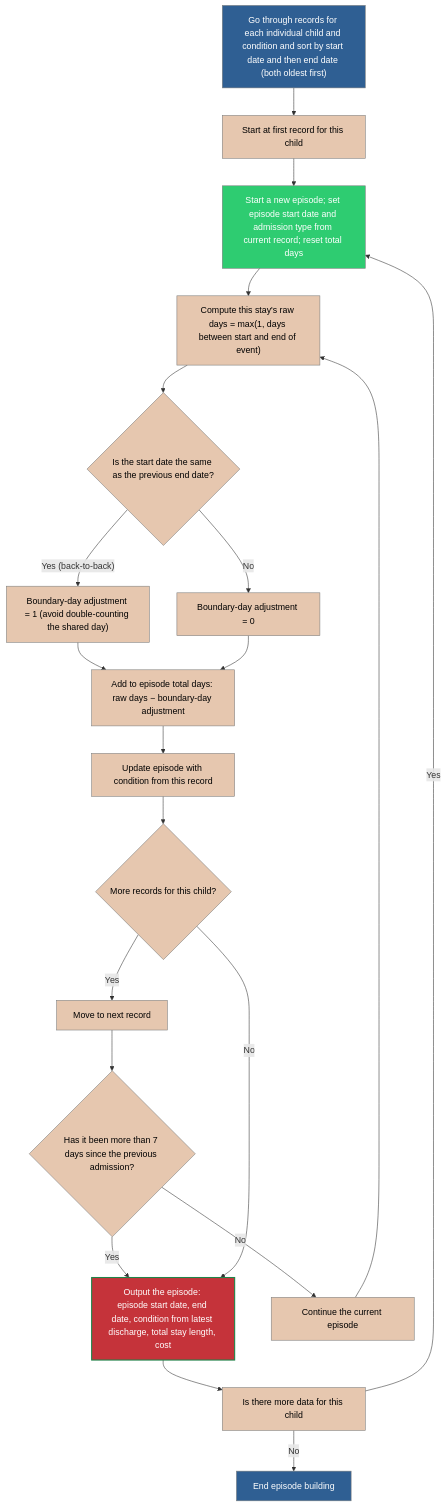
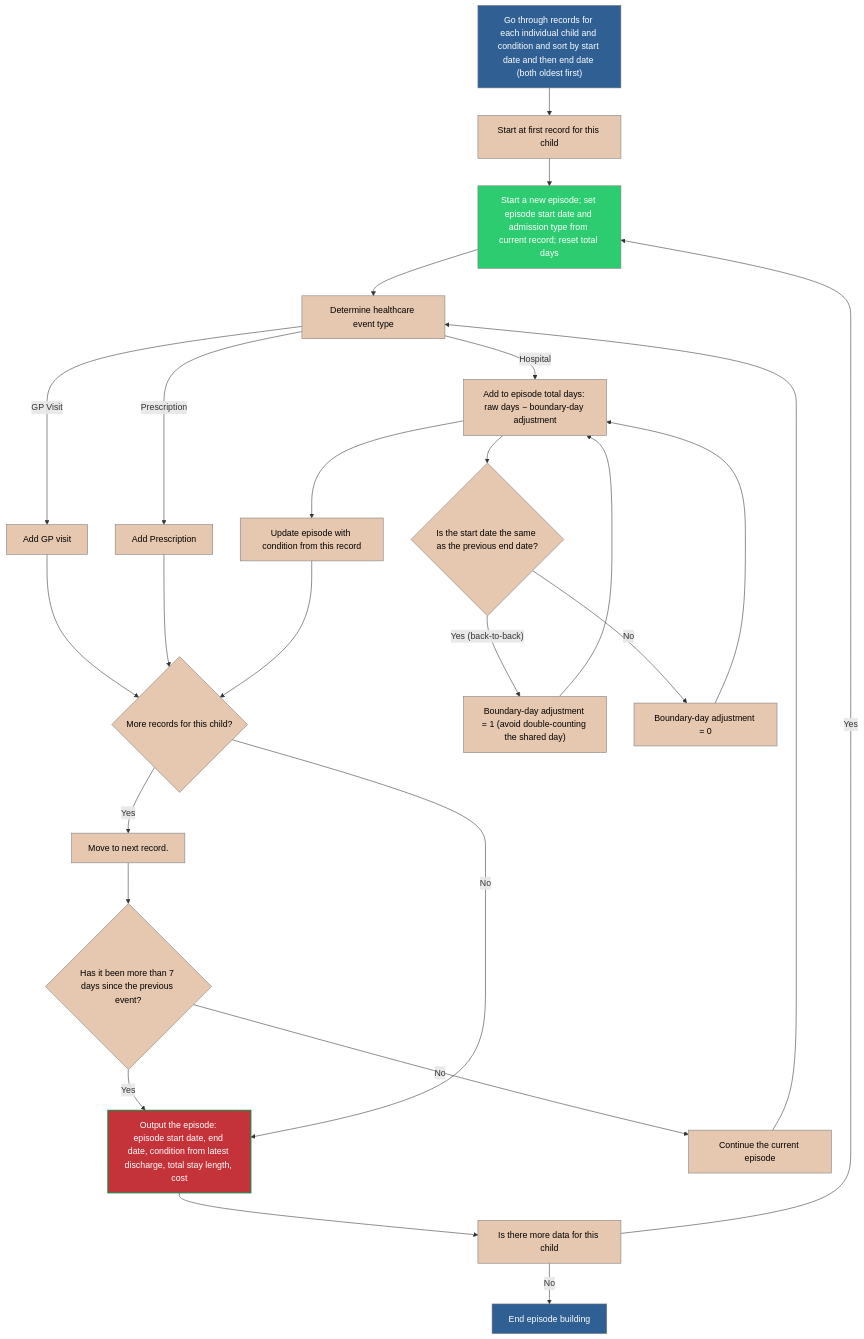
The diagram in ari_episodes.md (HomesHeatAndHealthyKids/DataLochAnalysis), drawn with Mermaid before and after one commit.

Commit message:
Separated out different healthcare event types for categorisatiion

````diff
--- a/ari_episodes.md
+++ b/ari_episodes.md
@@ -44,46 +44,50 @@
 ```mermaid
 
 flowchart TD
 
   SMR_child_data["Go through records for each individual child and condition and sort by start date and then end date (both oldest first) "] --> C["Start at first record for this child"]
   C --> start_episode["Start a new episode; set episode start date and admission type from current record; reset total days"]
-  E{"Has it been more than 7 days since the previous admission?"} -->|"Yes"| SMR_output_rec
+  E{"Has it been more than 7 days since the previous event?"} -->|"Yes"| SMR_output_rec
   SMR_output_rec --> move_next["Is there more data for this child"]
   move_next --> |"Yes"| start_episode
   move_next --> |"No"| end_process["End episode building"]
 
   E -->|"No"| F["Continue the current episode"]
 
-  start_episode --> G["Compute this stay's raw days = max(1, days between start and end of event)"]
+  start_episode --> G["Determine healthcare event type"]
   F --> G
-  
-  G --> adm_check{"Is the start date the same as the previous end date?"}
+  G --> |GP Visit| gp_visit_process["Add GP visit"]
+  gp_visit_process --> L
+  G --> |Prescription| prescription_process["Add Prescription"]
+  prescription_process --> L
+  G --> |Hospital| H["Compute this stay's raw days = max(1, days between start and end of event)"]  
+  H --> adm_check{"Is the start date the same as the previous end date?"}
   adm_check -->|"Yes (back-to-back)"| bound_adj["Boundary-day adjustment = 1 (avoid double-counting the shared day)"]
   adm_check -->|"No"| no_bound_adj["Boundary-day adjustment = 0"]
   bound_adj --> H["Add to episode total days: raw days − boundary-day adjustment"]
   no_bound_adj --> H
 
 
 
   H --> J["Update episode with condition from this record"]
   
   J --> L{"More records for this child?"}
 
-  L -->|"Yes"| M["Move to next record"]
+  L -->|"Yes"| M["Move to next record."]
   M --> E
   L -->|"No"| SMR_output_rec["Output the episode: episode start date, end date, condition from latest discharge, total stay length, cost"]
 
   %% =========================
   %% Styling
   %% =========================
   classDef record fill:	#C5333A,color: #ffffff,stroke: #1e8449,stroke-width:2px;
   classDef data fill: #2F5F93,color: #ffffff,stroke: #7b7d7d,stroke-width:1px;
   classDef node fill: #E6C7AF,color: #000000,stroke: #7b7d7d,stroke-width:1px;
   classDef new_data fill: #2ecc71,color: #ffffff,stroke: #7b7d7d,stroke-width:1px;
 
   class SMR_output_rec record
   class SMR_child_data,end_process data
   class C,D,E,F,G,H,J,K,L,M node
   class start_episode new_data
 
 ```
````
